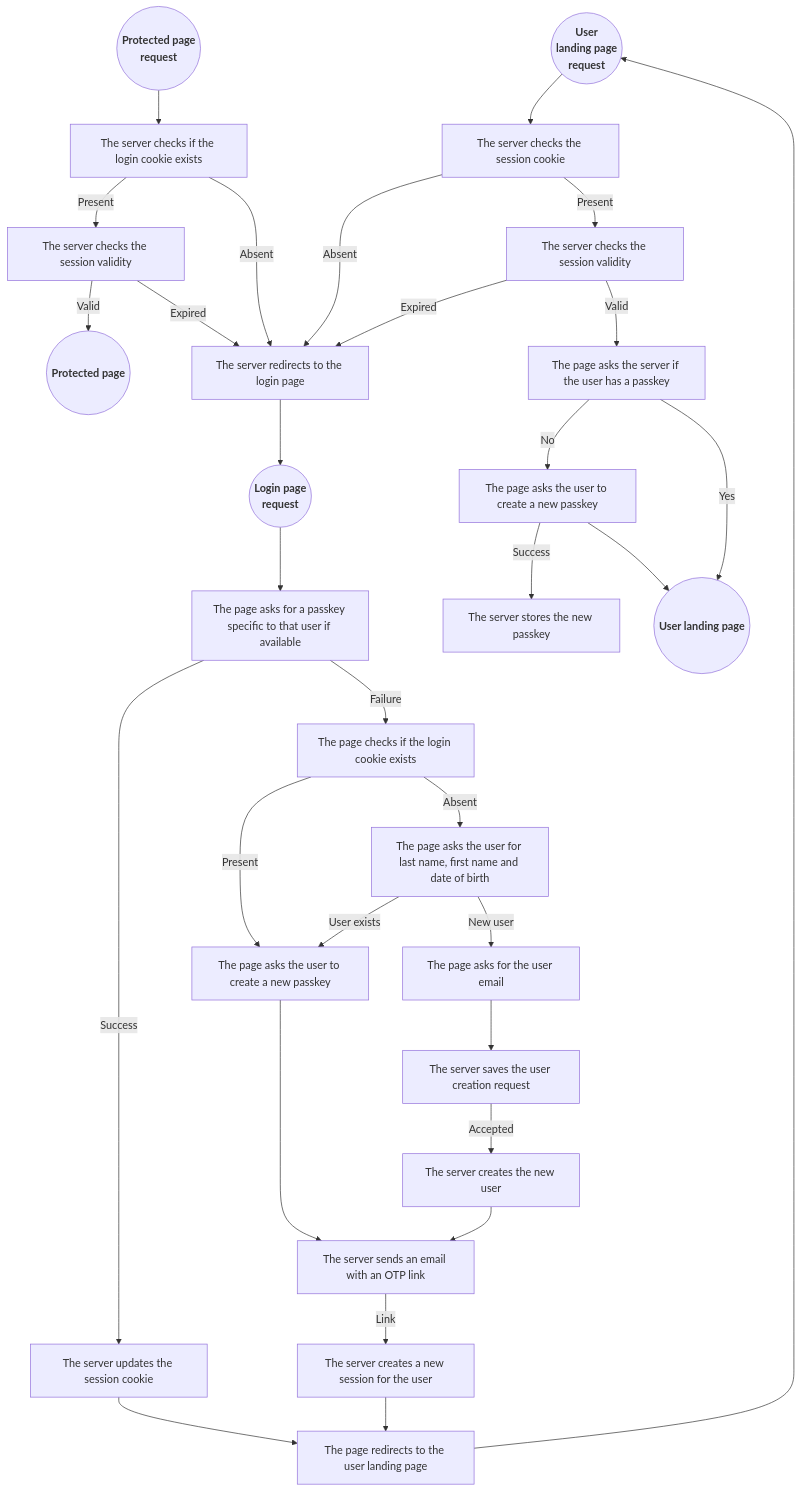
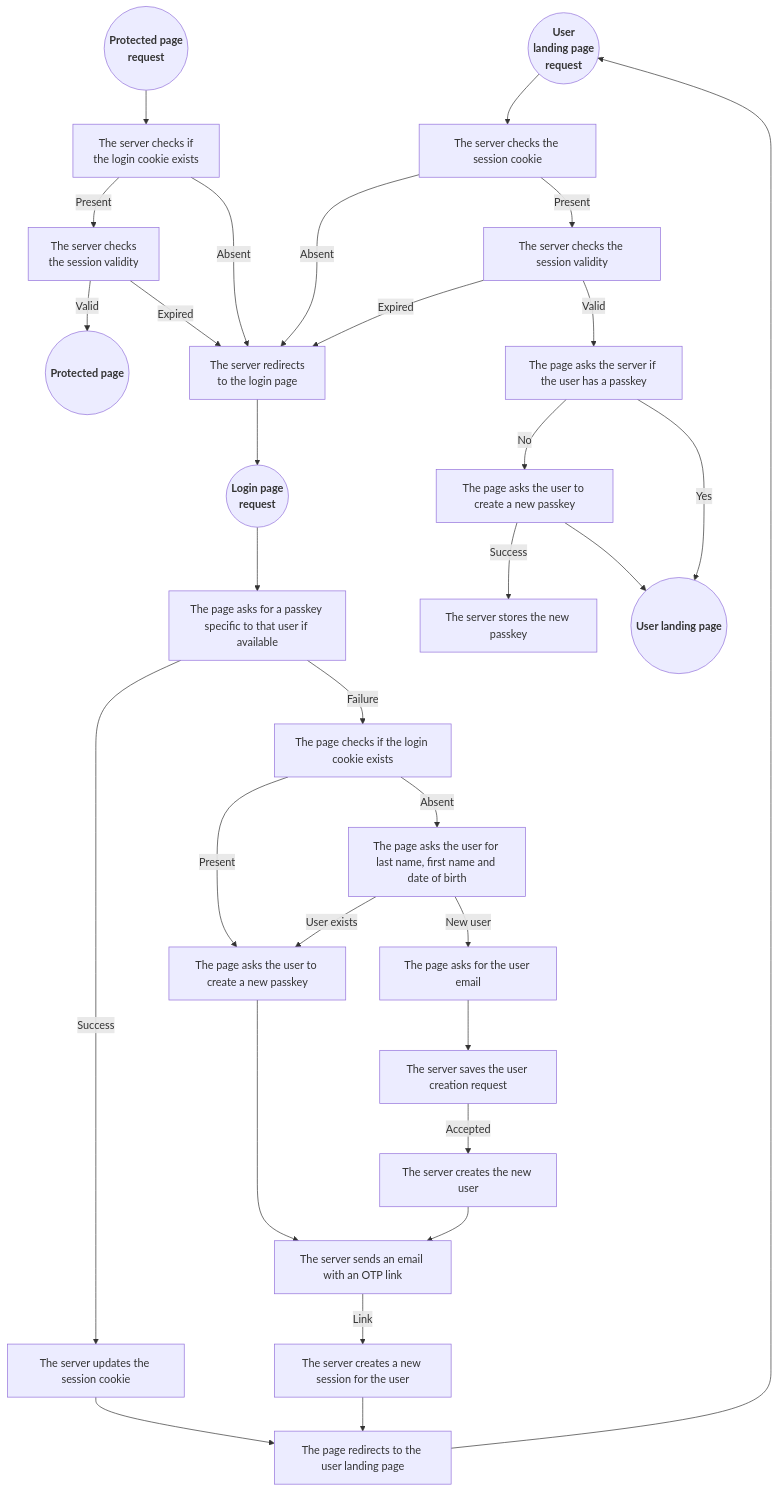
Before and after one commit to programingjd/tiered_server: the diagram in README.md, drawn with Mermaid.

````diff
--- a/README.md
+++ b/README.md
@@ -123,40 +123,40 @@
 ```mermaid
 graph TD;
   UserLandingPageRequest(("<b>User<br>landing page<br>request</b>"))
   ProtectedPageRequest(("<b>Protected page<br>request</b>"))
   LoginPageRequest(("<b>Login page<br>request</b>"))
   
-  ProtectedPageRequest-->QueryCookie1[The server checks if the login cookie exists]
-  QueryCookie1-->|Present|CheckSessionValidity1[The server checks the session validity]
-  QueryCookie1-->|Absent|LoginPageRedirect[The server redirects to the login page]
+  ProtectedPageRequest-->QueryCookie1["The server checks if<br>the login cookie exists"]
+  QueryCookie1-->|Present|CheckSessionValidity1["The server checks<br>the session validity"]
+  QueryCookie1-->|Absent|LoginPageRedirect["The server redirects<br>to the login page"]
   CheckSessionValidity1-->|Valid|ProtectedPageResponse(("<b>Protected page<b>"))
   CheckSessionValidity1-->|Expired|LoginPageRedirect
 
   UserLandingPageRequest-->QueryCookie2[The server checks the session cookie]
   QueryCookie2-->|Absent|LoginPageRedirect
   QueryCookie2-->|Present|CheckSessionValidity2[The server checks the session validity]
   CheckSessionValidity2-->|Expired|LoginPageRedirect
   CheckSessionValidity2-->|Valid|QueryExistingPasskey2[The page asks the server if the user has a passkey]
   QueryExistingPasskey2-->|No|NewPasskeyPrompt2[The page asks the user to create a new passkey]
   QueryExistingPasskey2-->|Yes|UserLandingPageResponse(("<b>User landing page<b>"))
   NewPasskeyPrompt2-->|Success|NewPasskeyStore2[The server stores the new passkey]
   NewPasskeyPrompt2-->UserLandingPageResponse
 
   LoginPageRequest-->QueryPasskey[The page asks for a passkey specific to that user if available]
   QueryPasskey-->|Success|SessionCookieUpdate[The server updates the session cookie]
   SessionCookieUpdate-->UserLandingPageRedirect[The page redirects to the user landing page]
   QueryPasskey-->|Failure|QueryCookie3[The page checks if the login cookie exists]
   QueryCookie3-->|Present|NewPasskeyPrompt3[The page asks the user to create a new passkey]
   QueryCookie3-->|Absent|UserForm[The page asks the user for last name, first name and date of birth]
   UserForm-->|User exists|NewPasskeyPrompt3
   NewPasskeyPrompt3-->EmailOTP[The server sends an email with an OTP link]
   EmailOTP-->|Link|NewSession[The server creates a new session for the user]
   NewSession-->UserLandingPageRedirect
   UserForm-->|New user|NewUser[The page asks for the user email]
   NewUser-->UserModeration[The server saves the user creation request]
   UserModeration-->|Accepted|UserCreation[The server creates the new user]
   UserCreation-->EmailOTP
   
   UserLandingPageRedirect-->UserLandingPageRequest
   LoginPageRedirect-->LoginPageRequest
 ```
````
